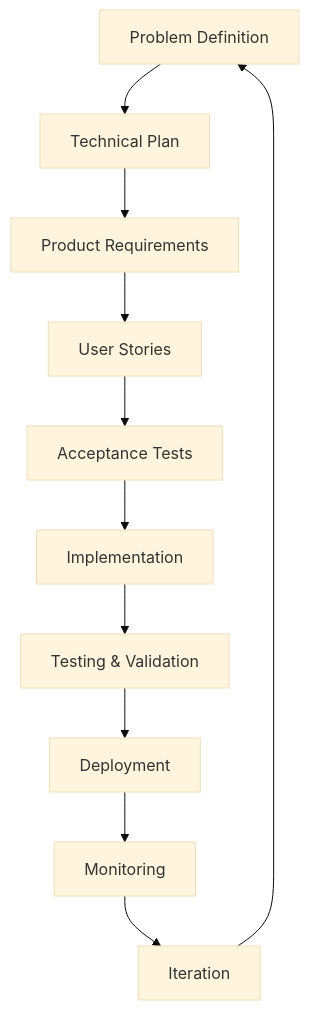
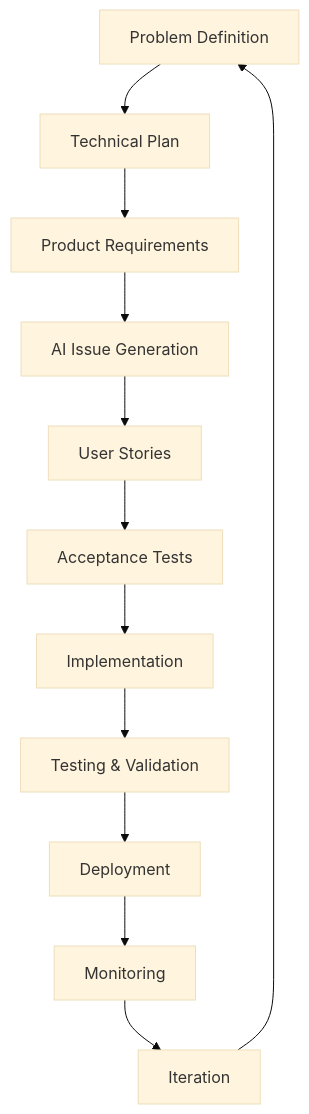
The third of 10 diagrams in README.md (PaulDuvall/coding-with-ai-patterns), drawn with Mermaid (base theme) before and after one commit. The commit also changed other lines of this file and 1 other file, not shown here.

First line of the commit message:
Add AI Issue Generation pattern for structured work breakdown

````diff
--- a/README.md
+++ b/README.md
@@ -194,13 +195,14 @@
 ```mermaid
 graph TD
     A[Problem Definition] --> B[Technical Plan]
     B --> C[Product Requirements]
-    C --> D[User Stories]
-    D --> E[Acceptance Tests]
-    E --> F[Implementation]
-    F --> G[Testing & Validation]
-    G --> H[Deployment]
-    H --> I[Monitoring]
-    I --> J[Iteration]
-    J --> A
+    C --> D[AI Issue Generation]
+    D --> E[User Stories]
+    E --> F[Acceptance Tests]
+    F --> G[Implementation]
+    G --> H[Testing & Validation]
+    H --> I[Deployment]
+    I --> J[Monitoring]
+    J --> K[Iteration]
+    K --> A
 ```
````
